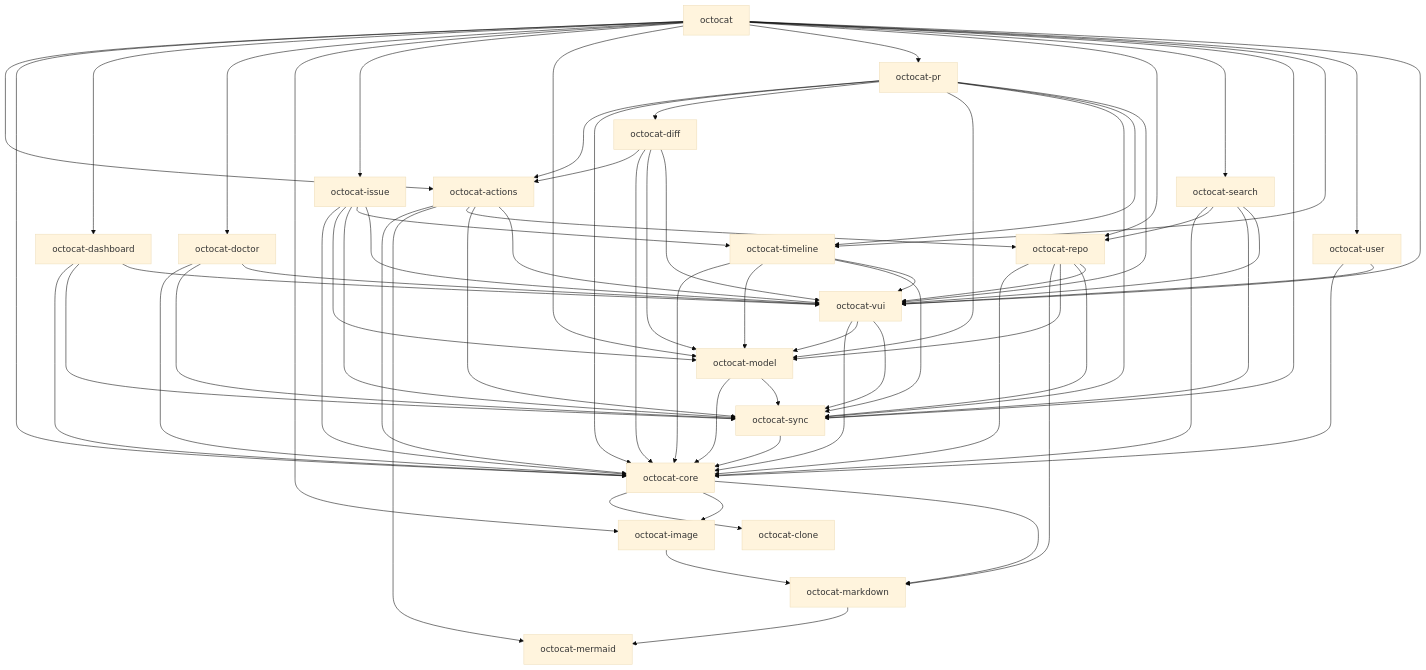
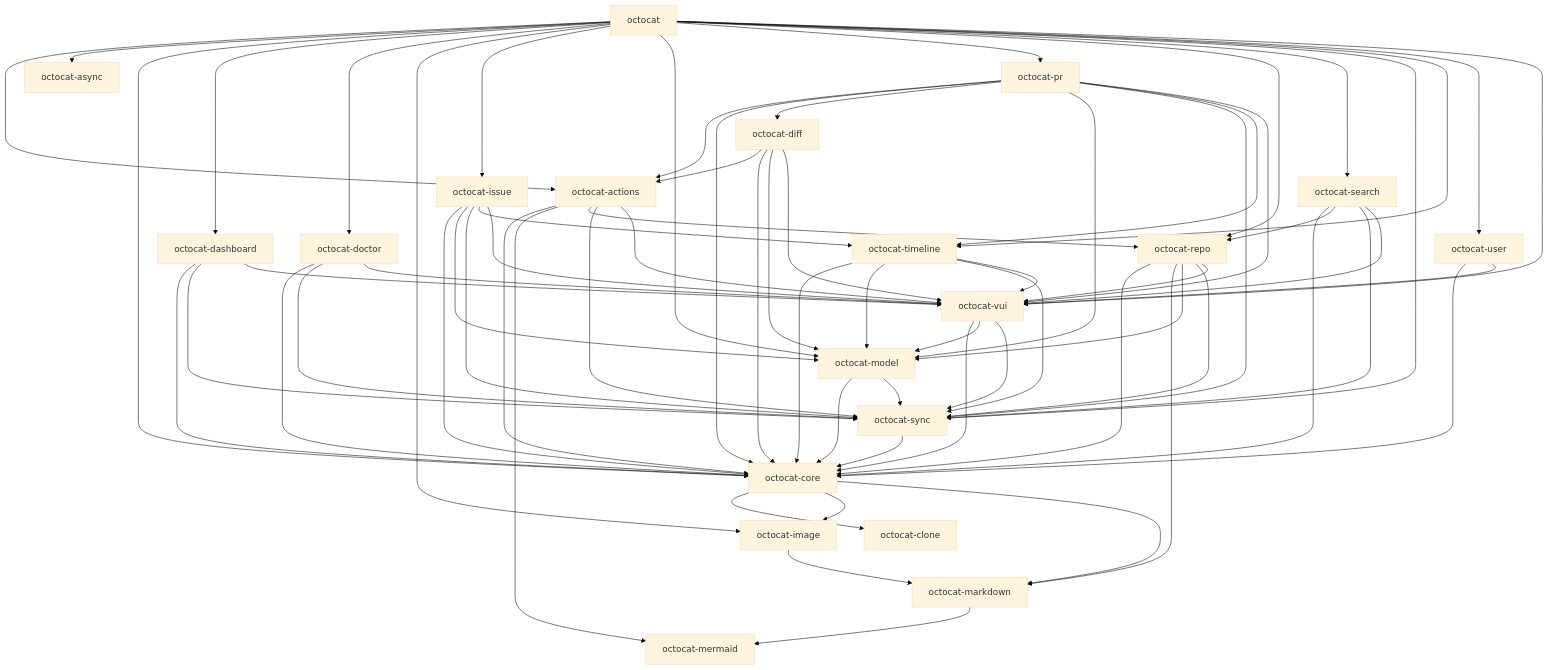
Before and after one commit to razzmatazz/octocat.el: the first of 2 diagrams in docs/architecture.md, drawn with Mermaid (base theme). The commit also changed other lines of this file and 6 other files, not shown here.

````diff
--- a/docs/architecture.md
+++ b/docs/architecture.md
@@ -80,6 +83,7 @@
 ```mermaid
 flowchart TD
   octocat_actions[octocat-actions]
+  octocat_async[octocat-async]
   octocat_clone[octocat-clone]
   octocat_core[octocat-core]
   octocat_dashboard[octocat-dashboard]
@@ -152,6 +156,7 @@
   octocat_vui --> octocat_model
   octocat_vui --> octocat_sync
   octocat --> octocat_actions
+  octocat --> octocat_async
   octocat --> octocat_core
   octocat --> octocat_dashboard
   octocat --> octocat_doctor
````
